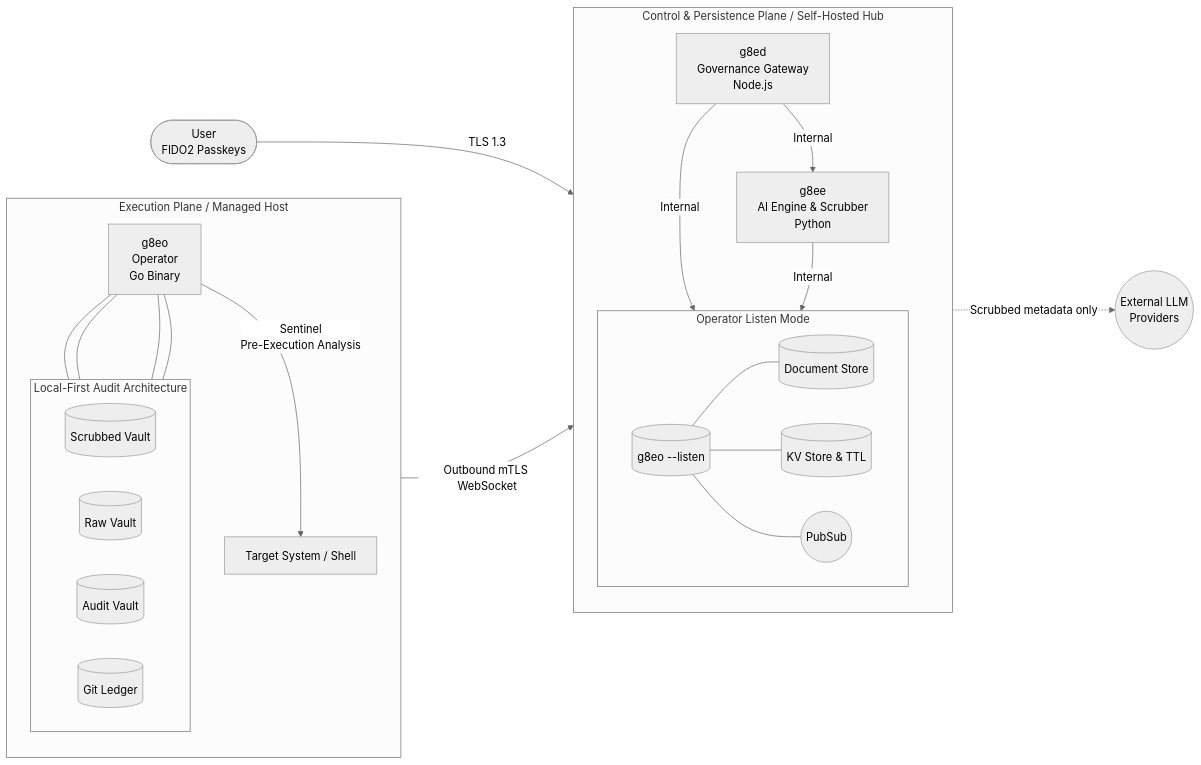
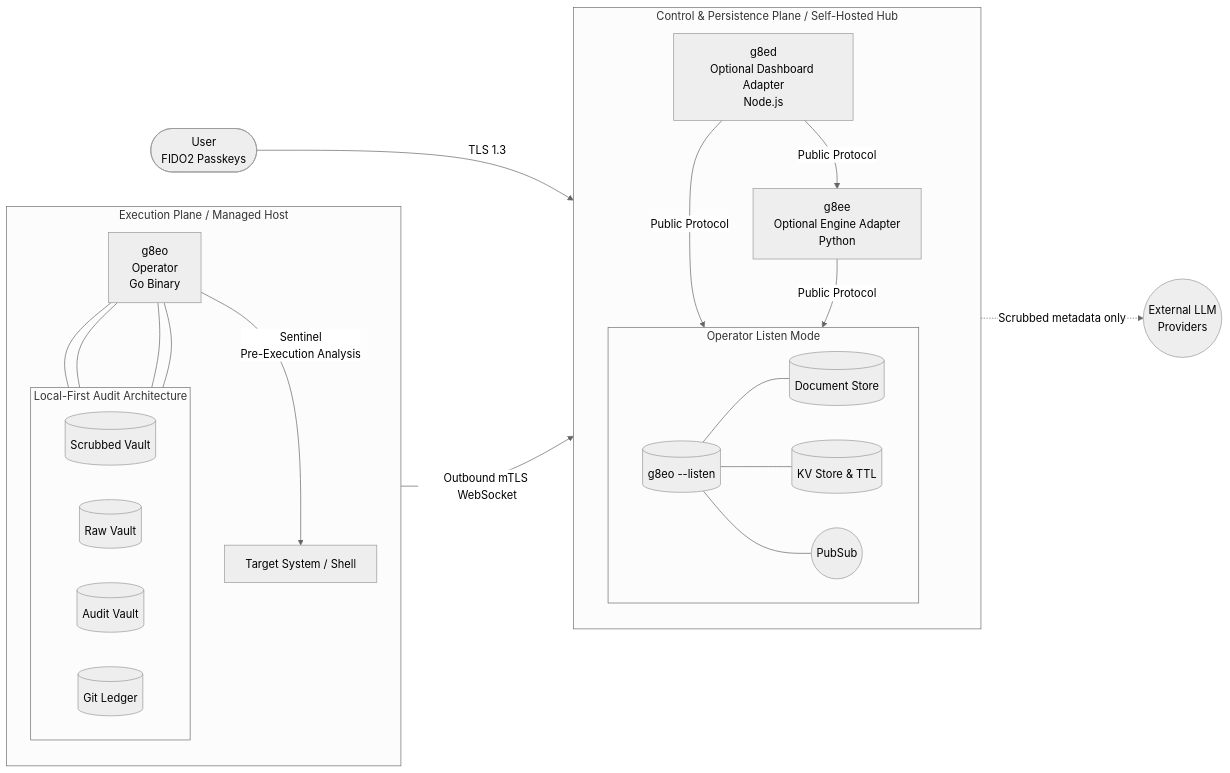
One commit to g8e-ai/g8e changed the second of 2 diagrams in README.md. Above: the diagram before and after it, drawn with Mermaid (neutral theme). The commit also changed other lines of this file and 107 other files, not shown here.

````diff
--- a/README.md
+++ b/README.md
@@ -121,48 +121,48 @@
 ```mermaid
 flowchart LR
     User([User<br>FIDO2 Passkeys])
 
     subgraph Exec_Plane [Execution Plane / Managed Host]
         direction TB
         g8eo[g8eo<br>Operator<br>Go Binary]
 
         HostOS[Target System / Shell]
         g8eo -- "Sentinel<br>Pre-Execution Analysis" --> HostOS
 
         subgraph LFAA [Local-First Audit Architecture]
             direction LR
             Scrubbed[(Scrubbed Vault)]
             Raw[(Raw Vault)]
             Audit[(Audit Vault)]
             Ledger[(Git Ledger)]
         end
 
         g8eo --- Scrubbed & Raw & Audit & Ledger
     end
 
     subgraph Hub [Control & Persistence Plane / Self-Hosted Hub]
         direction TB
-        g8ed[g8ed<br>Governance Gateway<br>Node.js]
-        g8ee[g8ee<br>AI Engine & Scrubber<br>Python]
+        g8ed[g8ed<br>Optional Dashboard Adapter<br>Node.js]
+        g8ee[g8ee<br>Optional Engine Adapter<br>Python]
 
         subgraph Operator_Listen [Operator Listen Mode]
             direction LR
             Listen[(g8eo --listen)]
             DS[(Document Store)]
             KS[(KV Store & TTL)]
             PS((PubSub))
 
             Listen --- DS & KS & PS
         end
 
-        g8ed -- "Internal" --> g8ee
-        g8ed -- "Internal" --> Listen
-        g8ee -- "Internal" --> Listen
+        g8ed -- "Public Protocol" --> g8ee
+        g8ed -- "Public Protocol" --> Listen
+        g8ee -- "Public Protocol" --> Listen
     end
 
     LLM((External LLM<br>Providers))
 
     User -- "TLS 1.3" --> g8ed
     g8eo -- "Outbound mTLS WebSocket" --> g8ed
     g8ee -. "Scrubbed metadata only" .-> LLM
 ```
````
